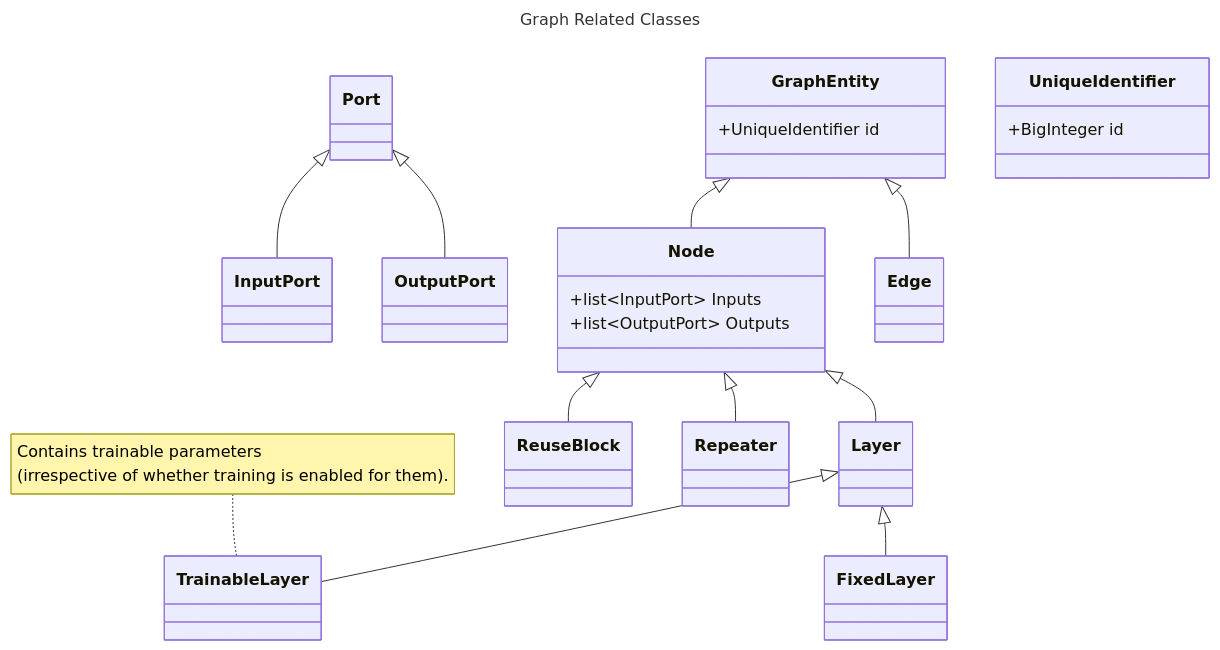
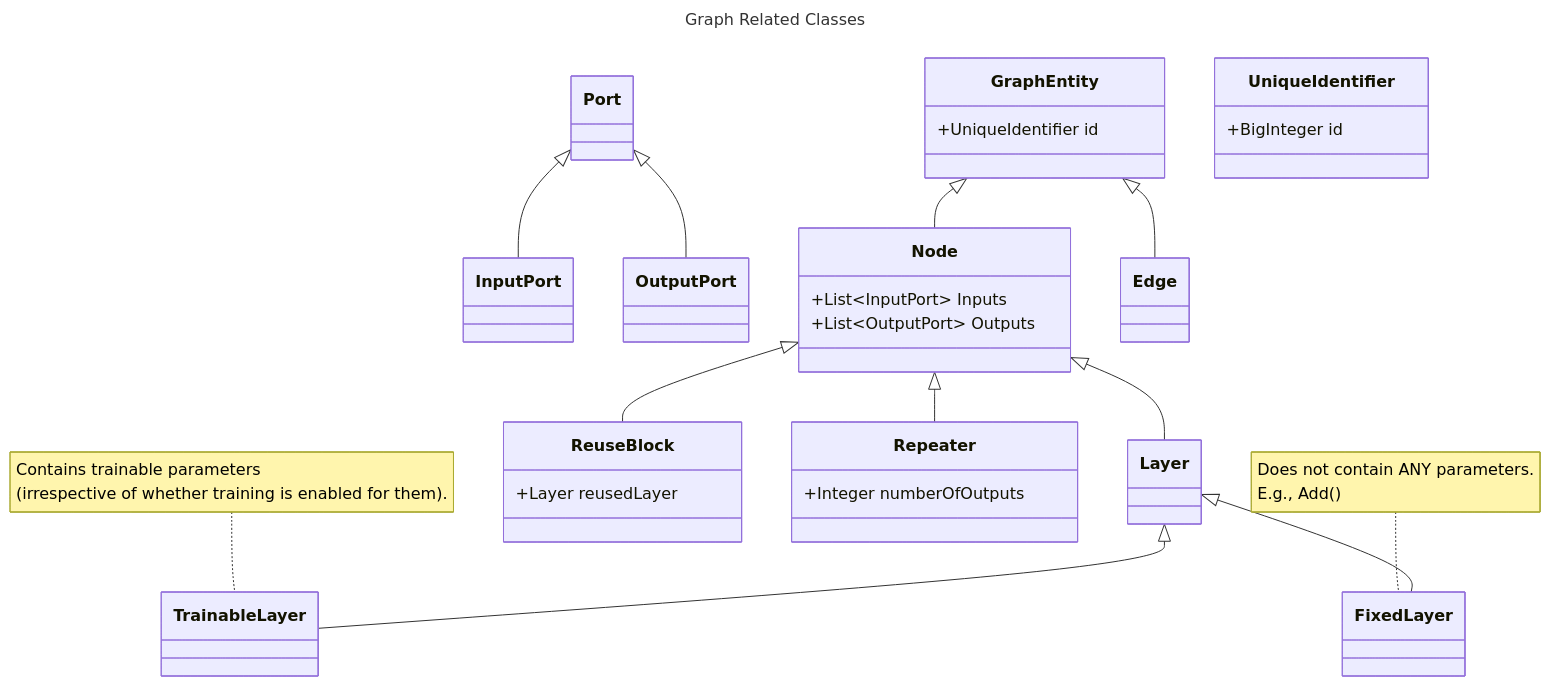
The diagram in Suggested Class Structure for Graph.md (rohan843/dnncase), drawn with Mermaid before and after one commit.

Commit message:
Update Suggested Class Structure for Graph.md

````diff
--- a/Suggested Class Structure for Graph.md
+++ b/Suggested Class Structure for Graph.md
@@ -1,38 +1,45 @@
 ```mermaid
 ---
 title: Graph Related Classes
 ---
 classDiagram
     Port <|-- InputPort
     Port <|-- OutputPort
 
     GraphEntity <|-- Node
     GraphEntity <|-- Edge
     Node <|-- Layer
     Node <|-- ReuseBlock
     Node <|-- Repeater
     Layer <|-- TrainableLayer
     Layer <|-- FixedLayer
     note for TrainableLayer "Contains trainable parameters <br>(irrespective of whether training is enabled for them)."
+    note for FixedLayer "Does not contain ANY parameters.<br>E.g., Add()"
 
     class UniqueIdentifier{
         +BigInteger id
     }
     class Port{
 
     }
     class InputPort{
 
     }
     class OutputPort{
 
     }
 
     class GraphEntity{
         +UniqueIdentifier id
     }
     class Node{
-        +list~InputPort~ Inputs
-        +list~OutputPort~ Outputs
+        +List~InputPort~ Inputs
+        +List~OutputPort~ Outputs
+    }
+    class ReuseBlock{
+        +Layer reusedLayer
+    }
+    class Repeater{
+        +Integer numberOfOutputs
     }
 ```
````
